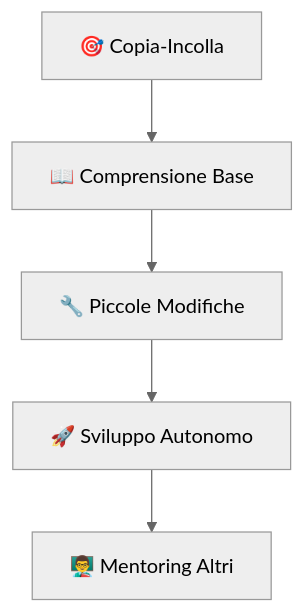
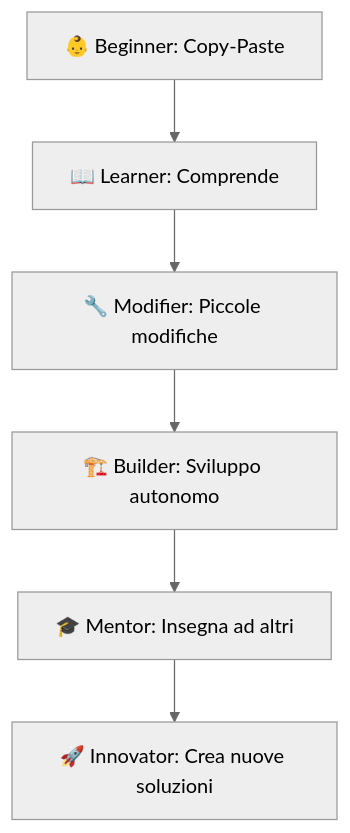
Before and after one commit to freshgr4m/claude-code-trucchi-nascosti: the third of 5 diagrams in README.md, drawn with Mermaid (neutral theme). The commit also changed other lines of this file, not shown here.

````diff
--- a/README.md
+++ b/README.md
@@ -444,7 +924,8 @@
 ```mermaid
 graph TD
-    A[🎯 Copia-Incolla] --> B[📖 Comprensione Base]
-    B --> C[🔧 Piccole Modifiche]
-    C --> D[🚀 Sviluppo Autonomo]
-    D --> E[👨‍🏫 Mentoring Altri]
+    A[👶 Beginner: Copy-Paste] --> B[📖 Learner: Comprende]
+    B --> C[🔧 Modifier: Piccole modifiche]
+    C --> D[🏗️ Builder: Sviluppo autonomo]  
+    D --> E[🎓 Mentor: Insegna ad altri]
+    E --> F[🚀 Innovator: Crea nuove soluzioni]
 ```
````
